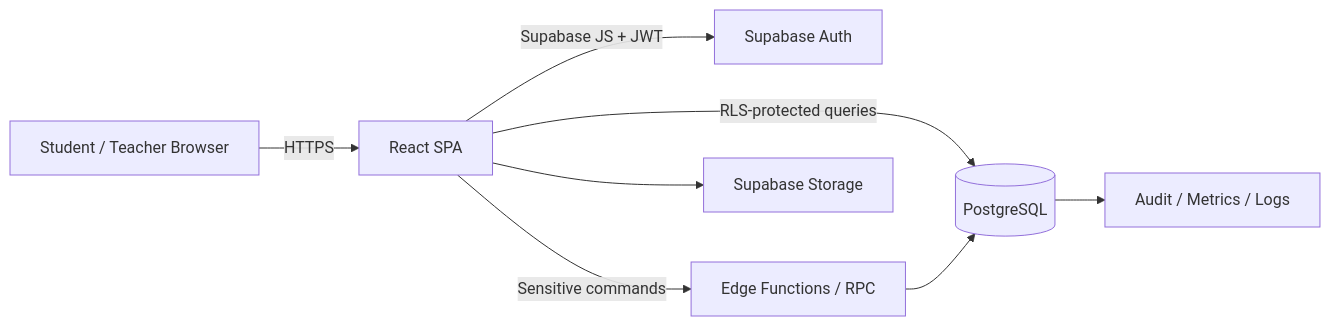
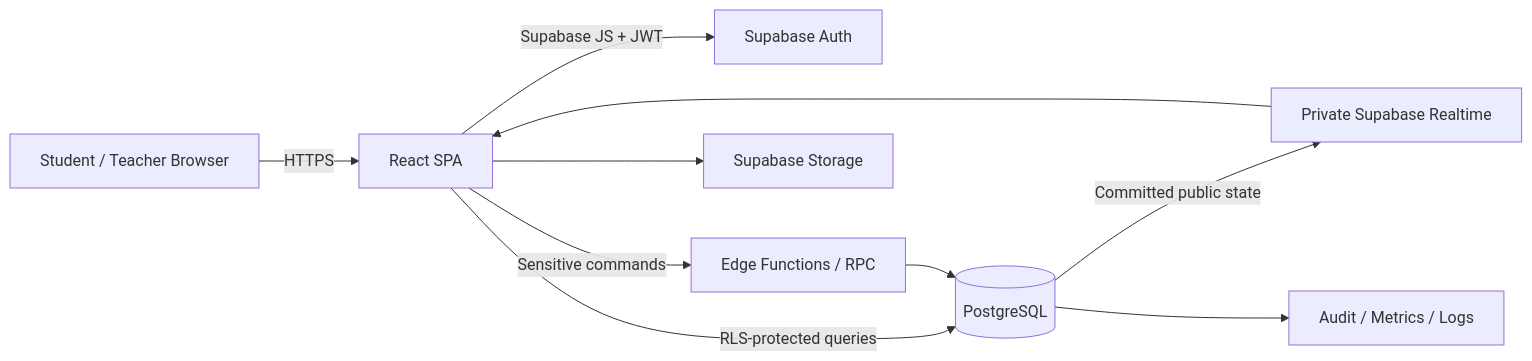
The first of 2 diagrams in spec/02-system-architecture.md (peiyi-liu/colorplay_v1), drawn with Mermaid before and after one commit. The commit also changed other lines of this file and 4 other files, not shown here.

````diff
--- a/spec/02-system-architecture.md
+++ b/spec/02-system-architecture.md
@@ -12,10 +12,12 @@
 ```mermaid
 flowchart LR
   U[Student / Teacher Browser] -->|HTTPS| SPA[React SPA]
   SPA -->|Supabase JS + JWT| AUTH[Supabase Auth]
   SPA -->|RLS-protected queries| DB[(PostgreSQL)]
   SPA -->|Sensitive commands| EF[Edge Functions / RPC]
   EF --> DB
+  DB -->|Committed public state| RT[Private Supabase Realtime]
+  RT --> SPA
   SPA --> STORAGE[Supabase Storage]
   DB --> OBS[Audit / Metrics / Logs]
 ```
````
